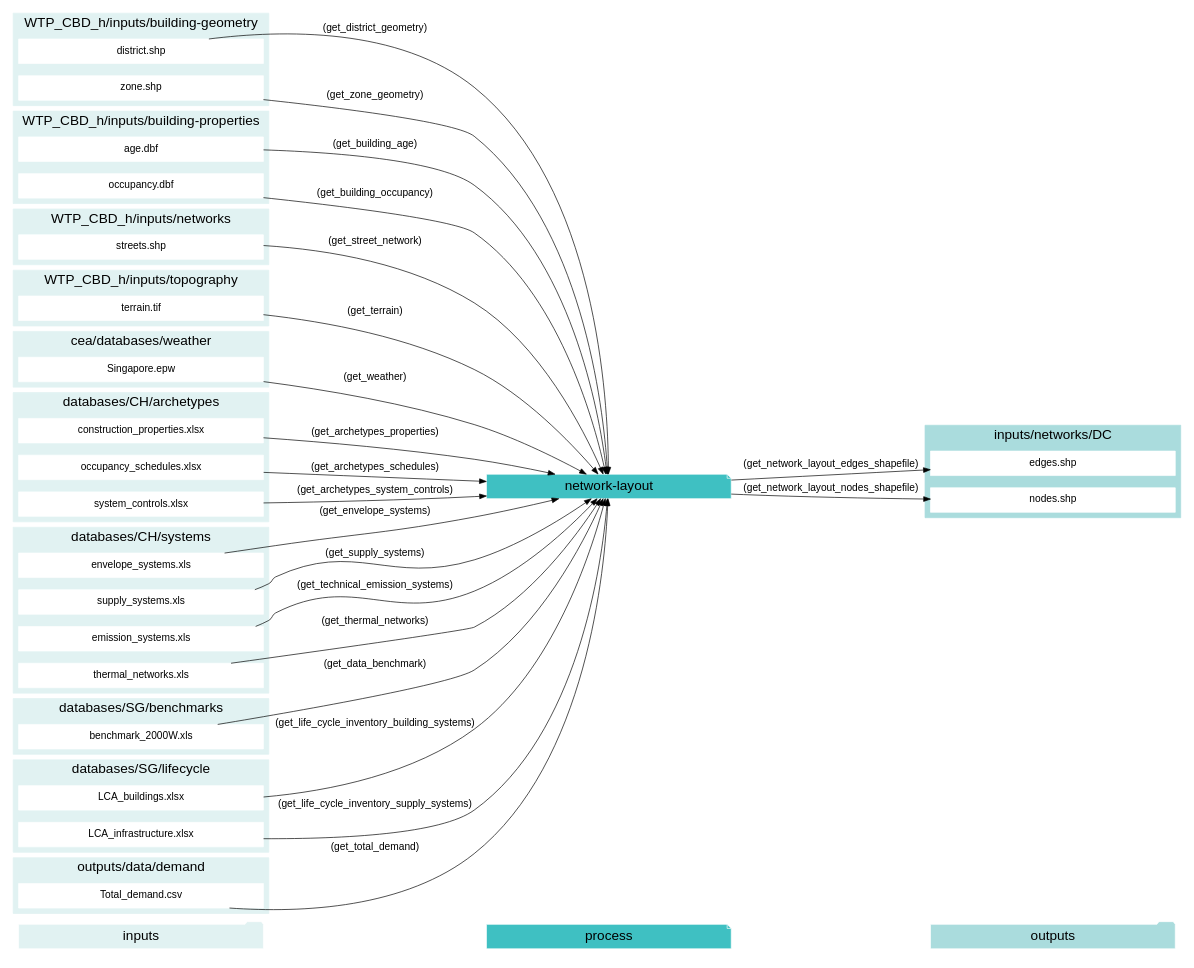
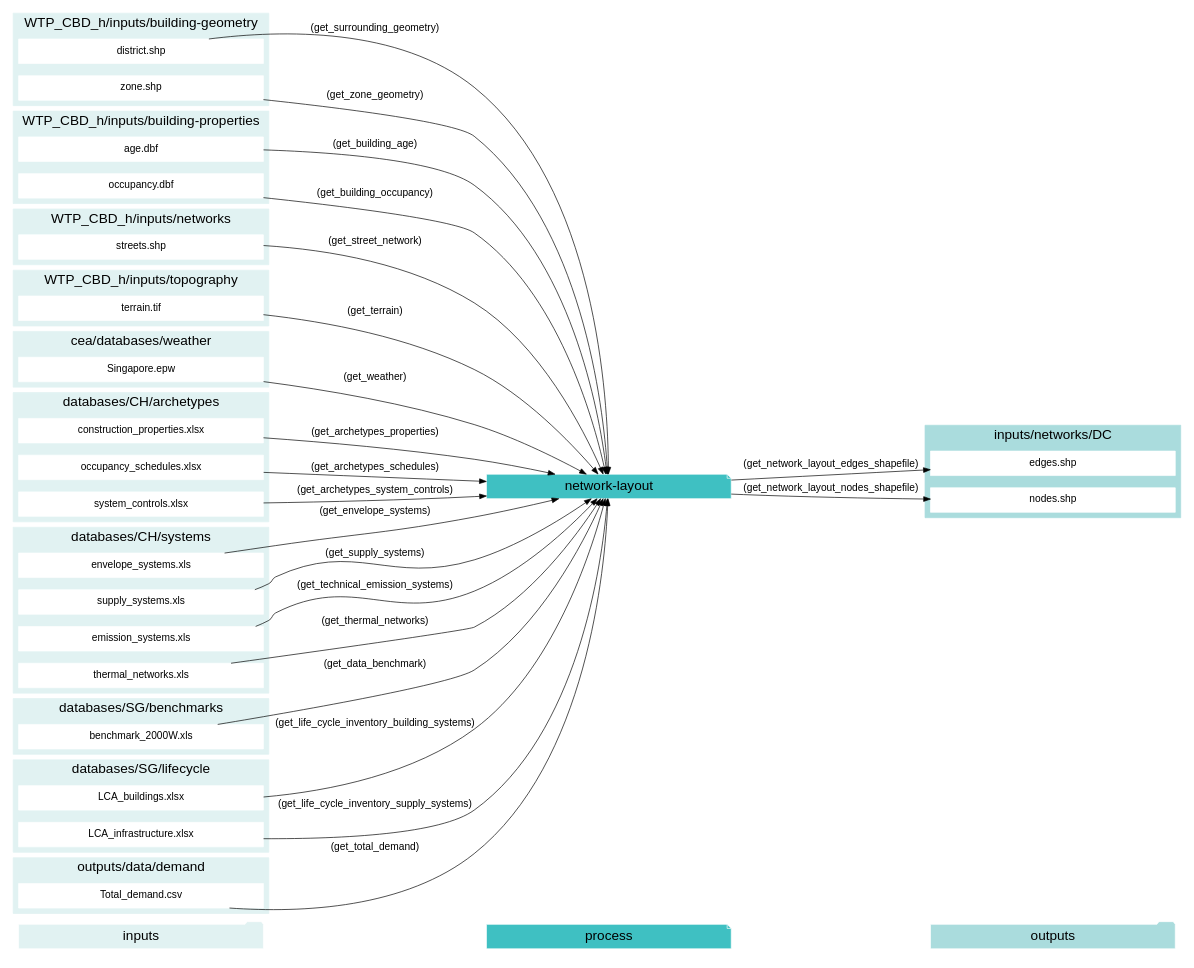
One commit to architecture-building-systems/CityEnergyAnalyst changed the third of 12 diagrams in docs/script-data-flow.rst. Above: the diagram before and after it, drawn with Graphviz. The commit also changed other lines of this file and 9 other files, not shown here.

```diff
--- a/docs/script-data-flow.rst
+++ b/docs/script-data-flow.rst
@@ -408,7 +408,7 @@
     "age.dbf" -> "network-layout"[label="(get_building_age)"]
     "occupancy.dbf" -> "network-layout"[label="(get_building_occupancy)"]
     "benchmark_2000W.xls" -> "network-layout"[label="(get_data_benchmark)"]
-    "district.shp" -> "network-layout"[label="(get_district_geometry)"]
+    "district.shp" -> "network-layout"[label="(get_surrounding_geometry)"]
     "envelope_systems.xls" -> "network-layout"[label="(get_envelope_systems)"]
     "LCA_buildings.xlsx" -> "network-layout"[label="(get_life_cycle_inventory_building_systems)"]
     "LCA_infrastructure.xlsx" -> "network-layout"[label="(get_life_cycle_inventory_supply_systems)"]
```
